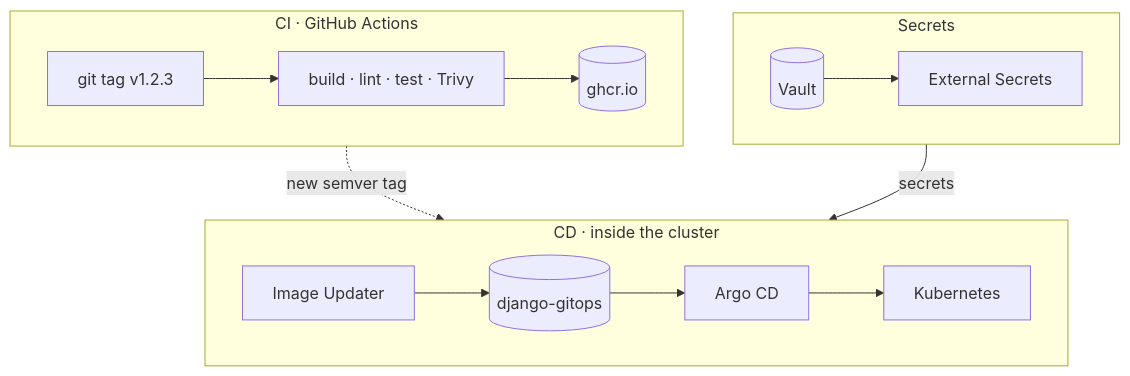
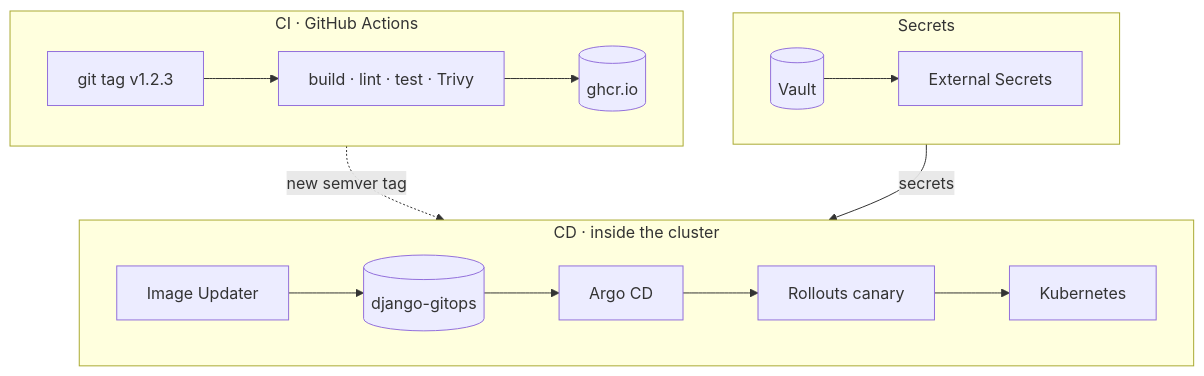
Before and after one commit to filooww/filooww: the diagram in README.md, drawn with Mermaid. The commit also changed other lines of this file, not shown here.

Commit message:
Profile: live badges, canary rollback, AWS EC2 and security checks

````diff
--- a/README.md
+++ b/README.md
@@ -30,17 +32,17 @@
 ```mermaid
 flowchart TB
   subgraph CI["CI · GitHub Actions"]
     direction LR
     tag[git tag v1.2.3] --> build[build · lint · test · Trivy] --> ghcr[(ghcr.io)]
   end
   subgraph CD["CD · inside the cluster"]
     direction LR
-    iu[Image Updater] --> repo[(django-gitops)] --> argo[Argo CD] --> k8s[Kubernetes]
+    iu[Image Updater] --> repo[(django-gitops)] --> argo[Argo CD] --> ro[Rollouts canary] --> k8s[Kubernetes]
   end
   subgraph SEC["Secrets"]
     direction LR
     vault[(Vault)] --> eso[External Secrets]
   end
   CI -. new semver tag .-> CD
   SEC -- secrets --> CD
 ```
````
